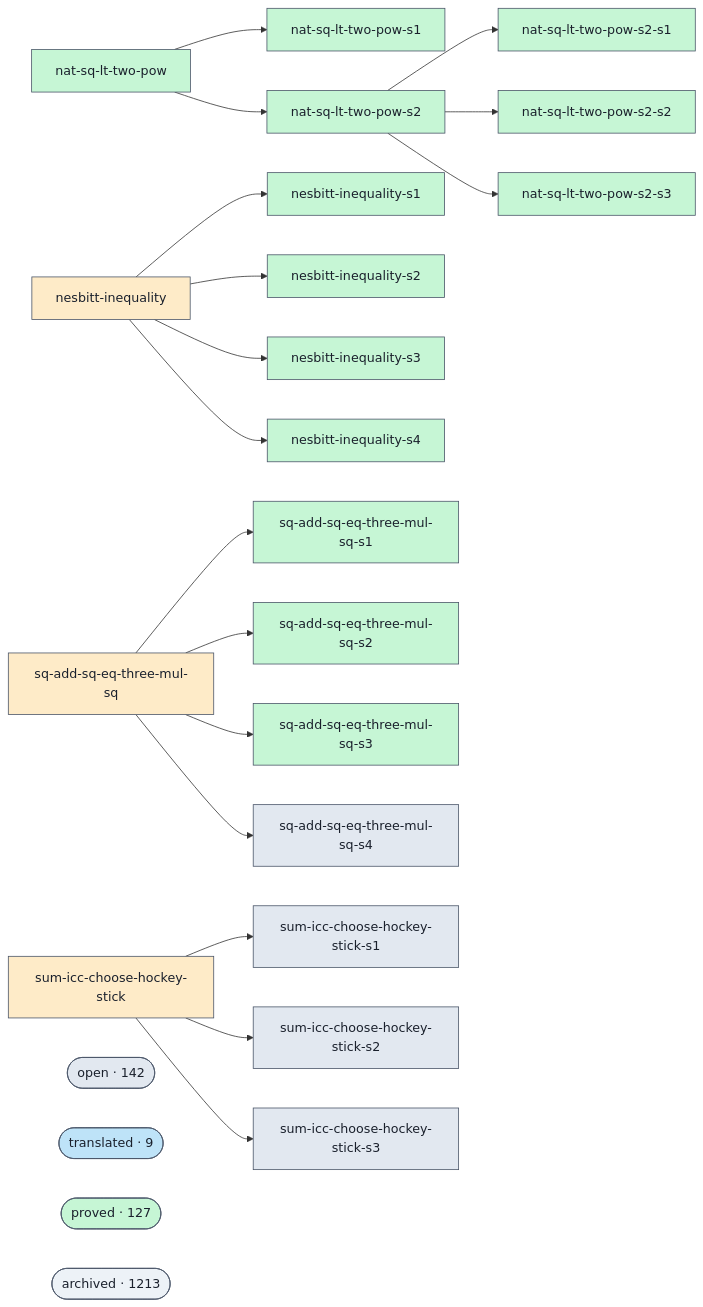
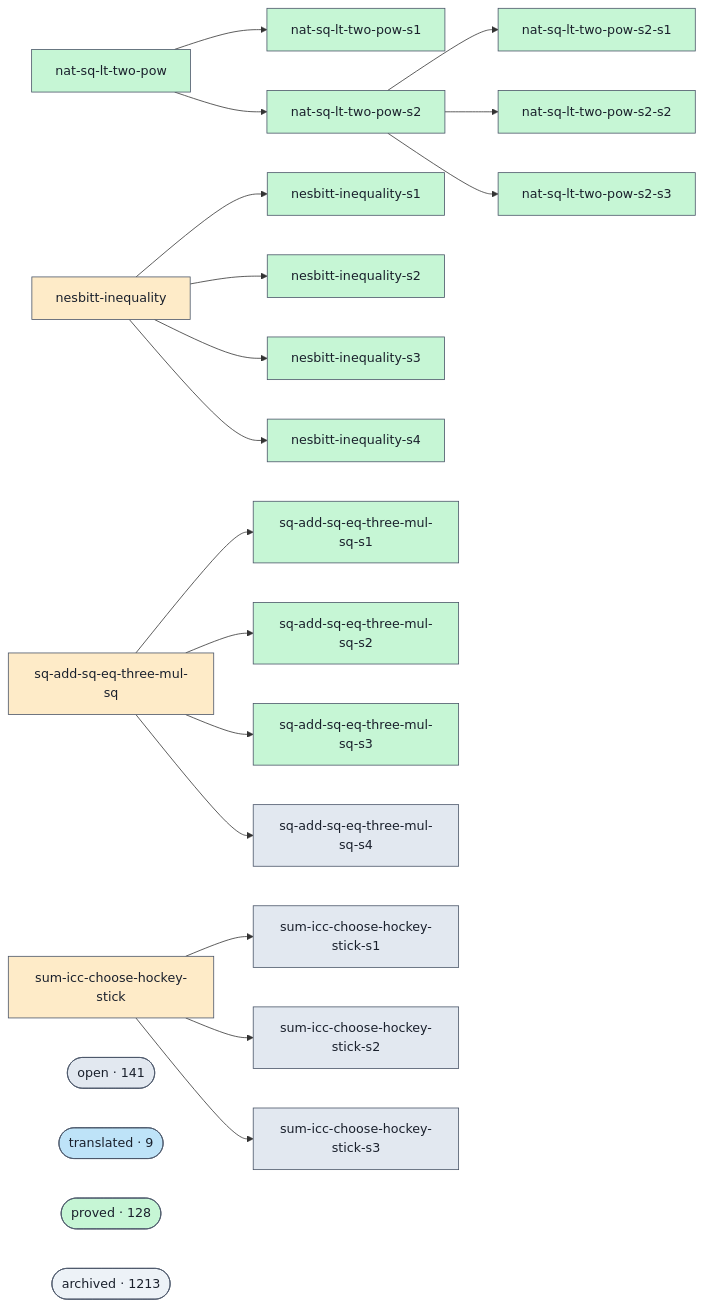
The diagram in docs/proofs-contributors-visualisation.md (ohdearquant/unsorry), drawn with Mermaid before and after one commit. The commit also changed other lines of this file and 2 other files, not shown here.

```diff
--- a/docs/proofs-contributors-visualisation.md
+++ b/docs/proofs-contributors-visualisation.md
@@ -98,11 +98,11 @@
   g_sum_icc_choose_hockey_stick --> g_sum_icc_choose_hockey_stick_s1
   g_sum_icc_choose_hockey_stick --> g_sum_icc_choose_hockey_stick_s2
   g_sum_icc_choose_hockey_stick --> g_sum_icc_choose_hockey_stick_s3
-  cluster_open(["open · 142"])
+  cluster_open(["open · 141"])
   class cluster_open open;
   cluster_translated(["translated · 9"])
   class cluster_translated translated;
-  cluster_proved(["proved · 127"])
+  cluster_proved(["proved · 128"])
   class cluster_proved proved;
   cluster_archived(["archived · 1213"])
   class cluster_archived unknown;
```
